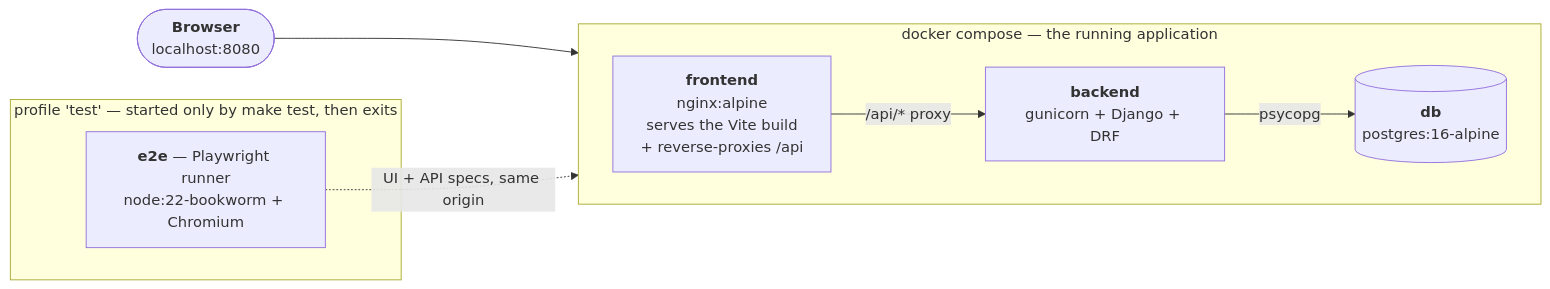
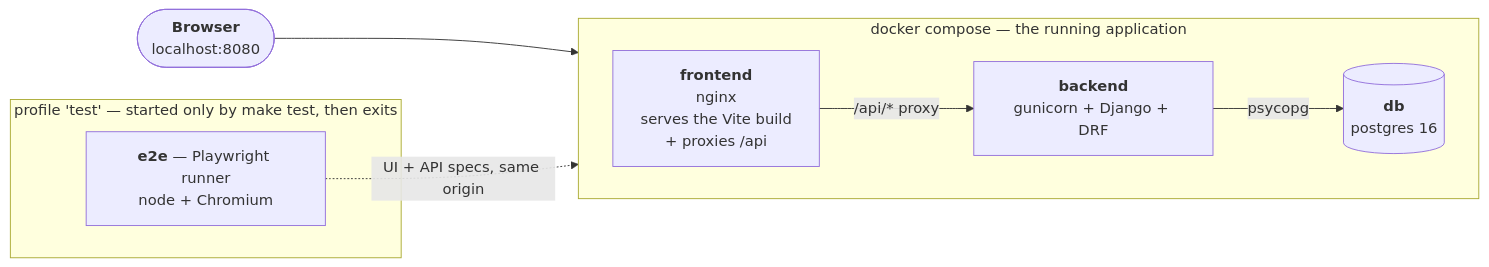
The diagram in README.md (nina-jml/job-management-dashboard), drawn with Mermaid before and after one commit. The commit also changed other lines of this file and 24 other files, not shown here.

````diff
--- a/README.md
+++ b/README.md
@@ -87,20 +50,20 @@
 ```mermaid
 flowchart LR
     user(["<b>Browser</b><br/>localhost:8080"])
 
     subgraph runtime["docker compose — the running application"]
         direction LR
-        fe["<b>frontend</b><br/>nginx:alpine<br/>serves the Vite build<br/>+ reverse-proxies /api"]
+        fe["<b>frontend</b><br/>nginx<br/>serves the Vite build<br/>+ proxies /api"]
         be["<b>backend</b><br/>gunicorn + Django + DRF"]
-        db[("<b>db</b><br/>postgres:16-alpine")]
+        db[("<b>db</b><br/>postgres 16")]
     end
 
     subgraph testing["profile 'test' — started only by make test, then exits"]
-        e2e["<b>e2e</b> — Playwright runner<br/>node:22-bookworm + Chromium"]
+        e2e["<b>e2e</b> — Playwright runner<br/>node + Chromium"]
     end
 
     user --> fe
     fe -->|"/api/* proxy"| be
     be -->|"psycopg"| db
     e2e -.->|"UI + API specs, same origin"| fe
 ```
````
